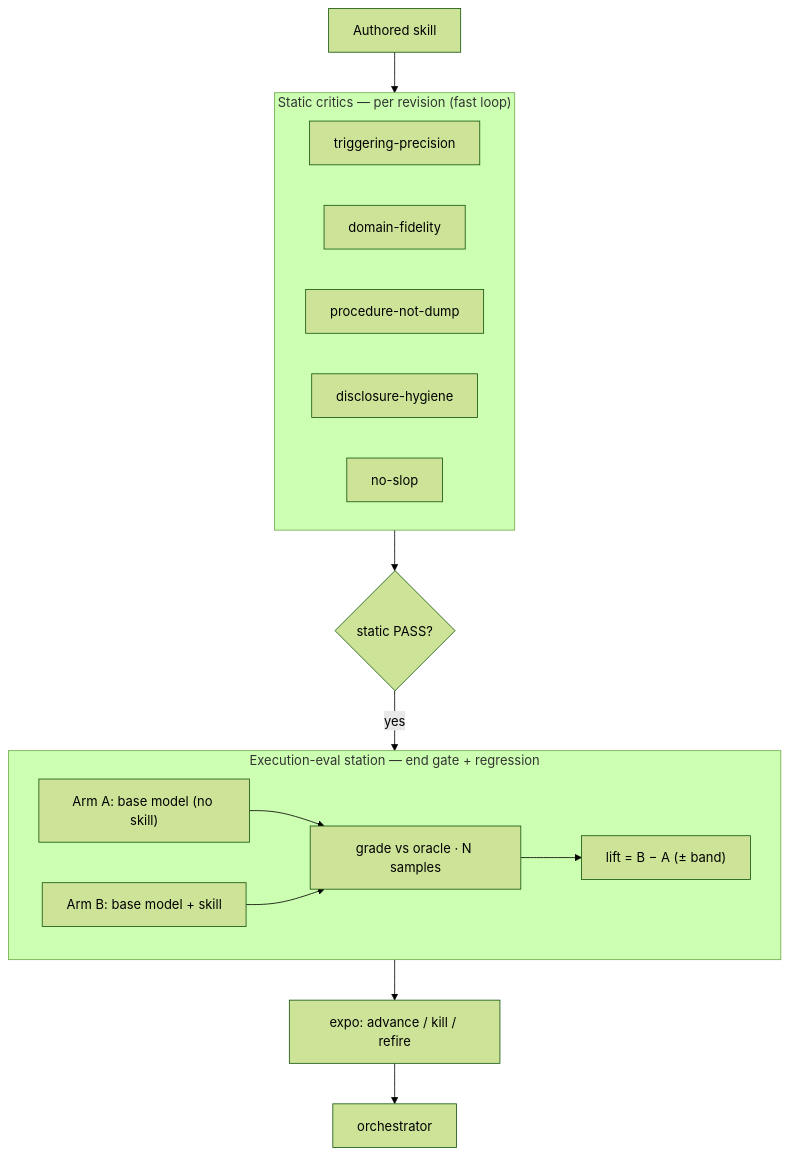
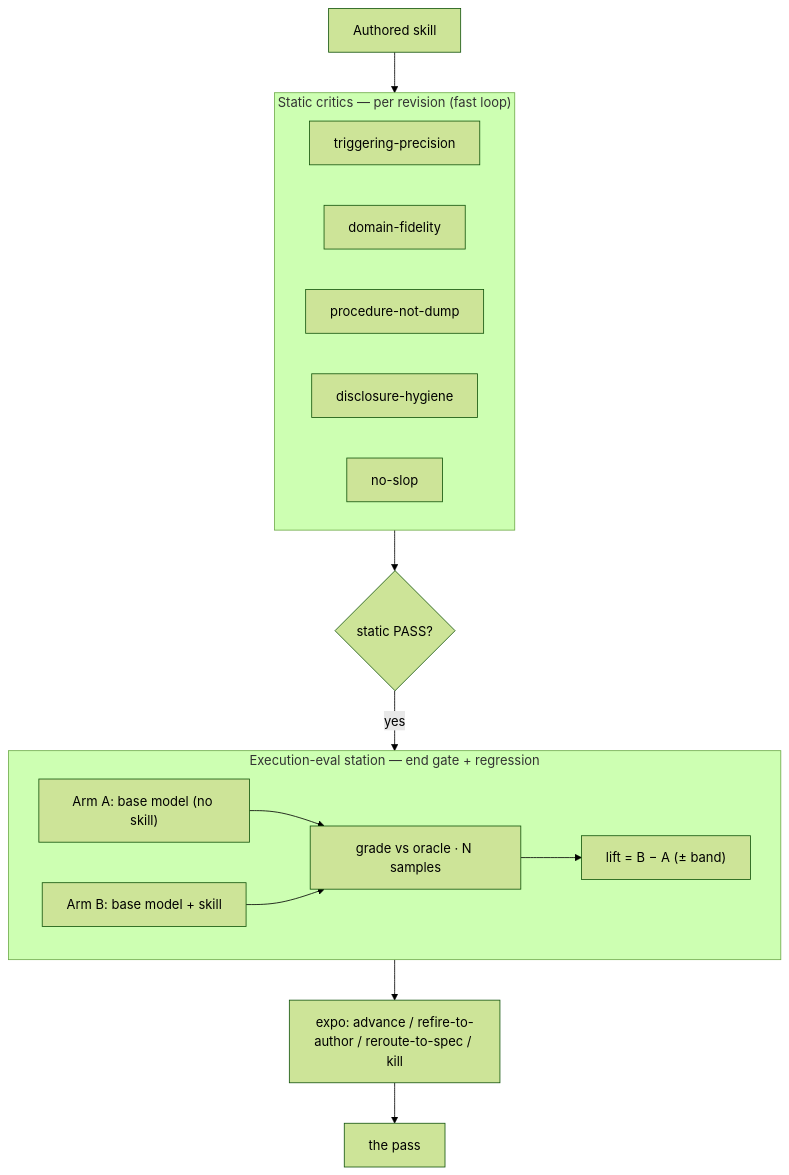
Before and after one commit to RayDataCo/ray-plugins: the third of 3 diagrams in plugins/skill-agent-brigade/README.md, drawn with Mermaid (forest theme). The commit also changed other lines of this file and 11 other files, not shown here.

First line of the commit message:
Brigade vocab: rename to station/pass/expo/rail + add deterministic lint axis to the critic

````diff
--- a/plugins/skill-agent-brigade/README.md
+++ b/plugins/skill-agent-brigade/README.md
@@ -84,22 +89,22 @@
 ```mermaid
 flowchart TB
   SK["Authored skill"] --> STATIC
   subgraph STATIC["Static critics — per revision (fast loop)"]
     A1["triggering-precision"]
     A2["domain-fidelity"]
     A3["procedure-not-dump"]
     A4["disclosure-hygiene"]
     A5["no-slop"]
   end
   STATIC --> PASS{"static PASS?"}
   PASS -->|yes| EXEC
   subgraph EXEC["Execution-eval station — end gate + regression"]
     E1["Arm A: base model (no skill)"]
     E2["Arm B: base model + skill"]
     E1 --> E3["grade vs oracle · N samples"]
     E2 --> E3
     E3 --> E4["lift = B − A (± band)"]
   end
-  EXEC --> DEC["expo: advance / kill / refire"]
-  DEC --> LOOP["orchestrator"]
+  EXEC --> DEC["expo: advance / refire-to-author / reroute-to-spec / kill"]
+  DEC --> LOOP["the pass"]
 ```
````
